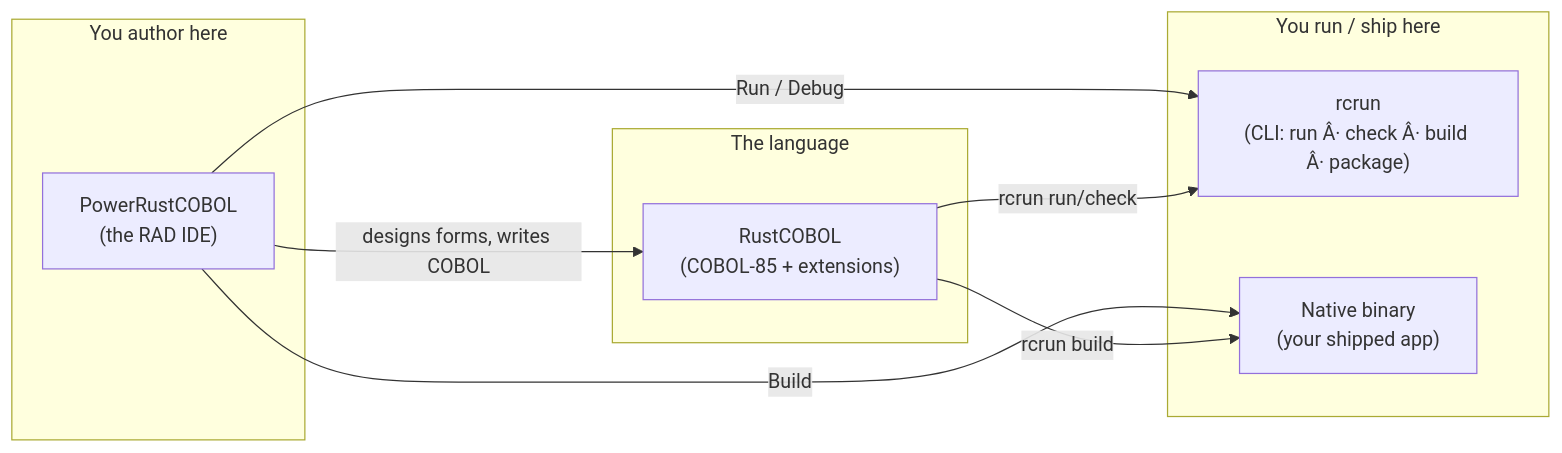
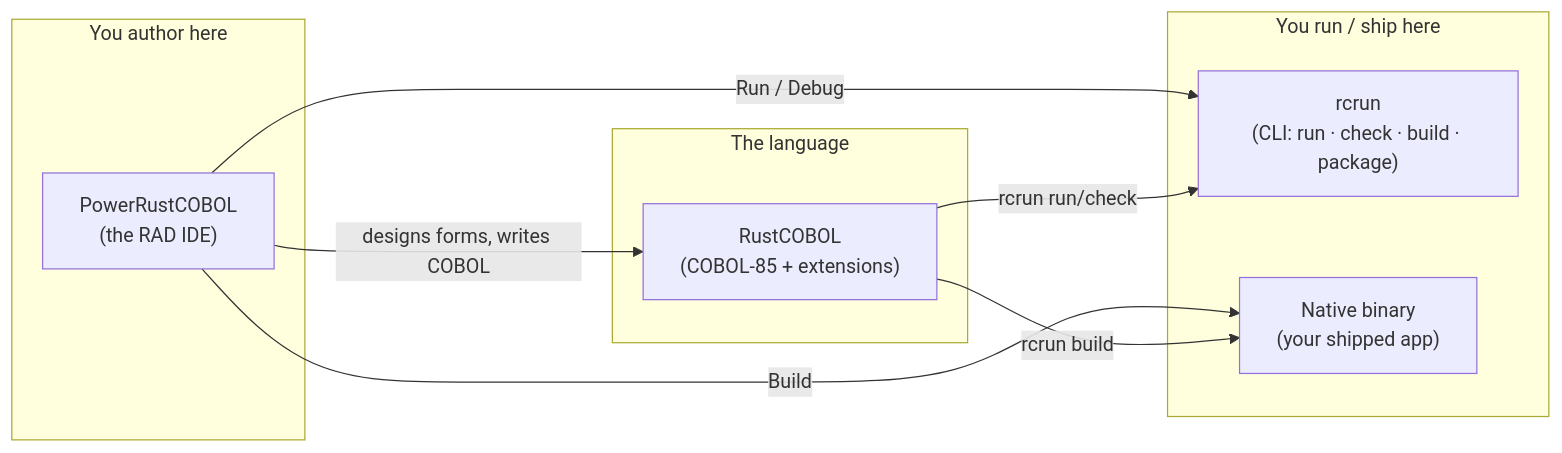
One commit to CloudLandBeta/PowerRustCOBOL changed the first of 9 diagrams in docs/developers-guide-en.md. Above: the diagram before and after it, drawn with Mermaid. The commit also changed other lines of this file and 33 other files, not shown here.

````diff
--- a/docs/developers-guide-en.md
+++ b/docs/developers-guide-en.md
@@ -101,19 +103,19 @@
 ```mermaid
 flowchart LR
     subgraph Author["You author here"]
         IDE["PowerRustCOBOL<br/>(the RAD IDE)"]
     end
     subgraph Lang["The language"]
         LANG["RustCOBOL<br/>(COBOL-85 + extensions)"]
     end
     subgraph Run["You run / ship here"]
-        CLI["rcrun<br/>(CLI: run Â· check Â· build Â· package)"]
+        CLI["rcrun<br/>(CLI: run · check · build · package)"]
         BIN["Native binary<br/>(your shipped app)"]
     end
 
     IDE -- "designs forms, writes COBOL" --> LANG
     IDE -- "Run / Debug" --> CLI
     IDE -- "Build" --> BIN
     LANG -- "rcrun run/check" --> CLI
     LANG -- "rcrun build" --> BIN
 ```
````
